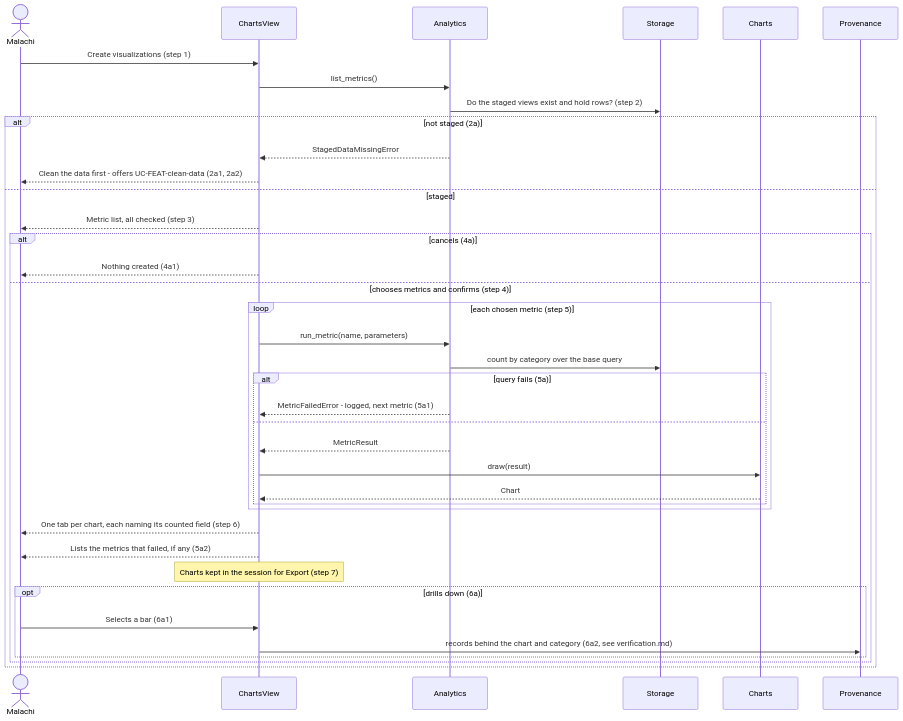
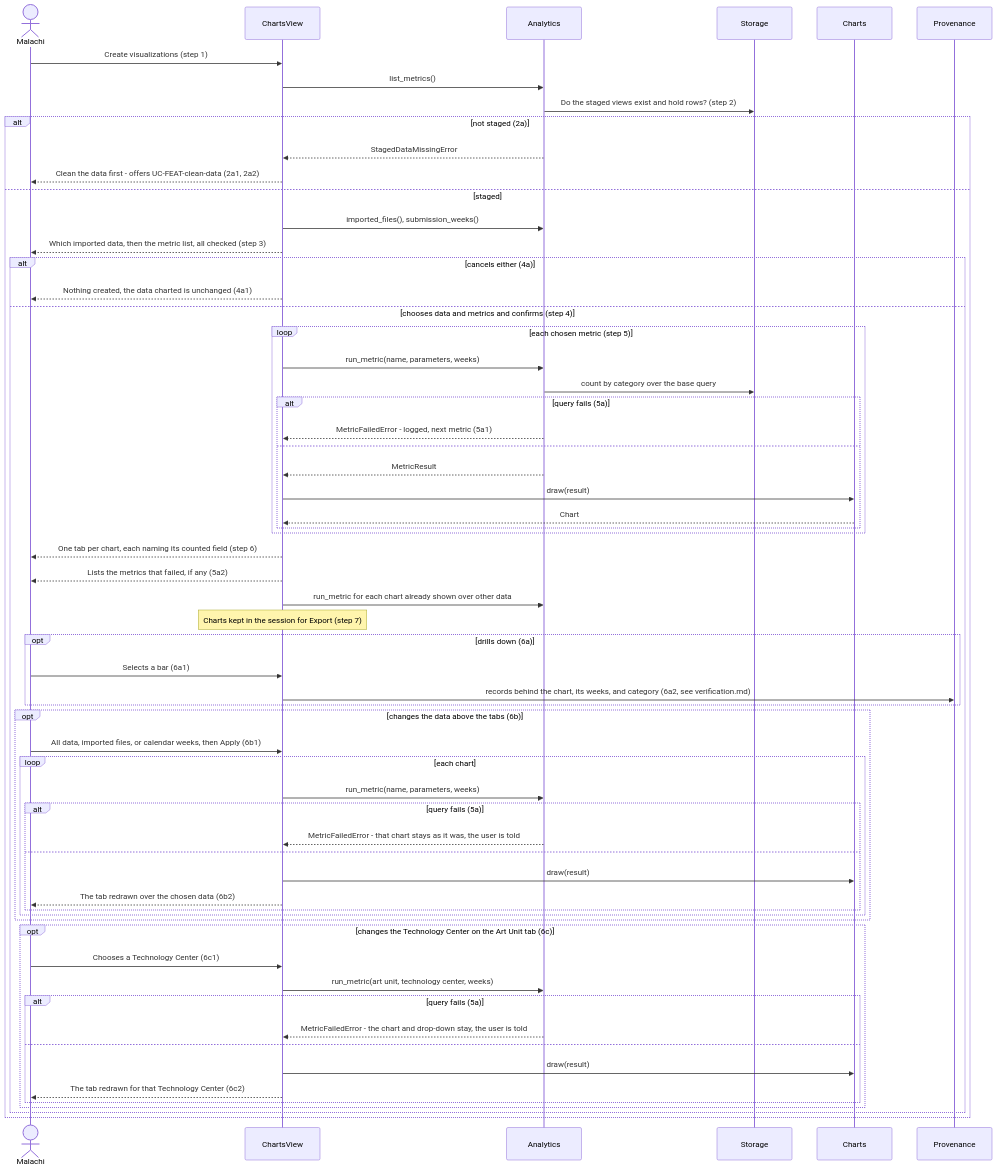
One commit to PathNotFound404/cosc-40943-team-06-USPTO changed the second of 3 diagrams in docs/design/visualization.md. Above: the diagram before and after it, drawn with Mermaid. The commit also changed other lines of this file and 27 other files, not shown here.

````diff
--- a/docs/design/visualization.md
+++ b/docs/design/visualization.md
@@ -106,40 +127,64 @@
 ```mermaid
 sequenceDiagram
     actor M as Malachi
     participant CV as ChartsView
     participant AN as Analytics
     participant ST as Storage
     participant CH as Charts
     participant PV as Provenance
     M->>CV: Create visualizations (step 1)
     CV->>AN: list_metrics()
     AN->>ST: Do the staged views exist and hold rows? (step 2)
     alt not staged (2a)
         AN-->>CV: StagedDataMissingError
         CV-->>M: Clean the data first - offers UC-FEAT-clean-data (2a1, 2a2)
     else staged
-        CV-->>M: Metric list, all checked (step 3)
-        alt cancels (4a)
-            CV-->>M: Nothing created (4a1)
-        else chooses metrics and confirms (step 4)
+        CV->>AN: imported_files(), submission_weeks()
+        CV-->>M: Which imported data, then the metric list, all checked (step 3)
+        alt cancels either (4a)
+            CV-->>M: Nothing created, the data charted is unchanged (4a1)
+        else chooses data and metrics and confirms (step 4)
             loop each chosen metric (step 5)
-                CV->>AN: run_metric(name, parameters)
+                CV->>AN: run_metric(name, parameters, weeks)
                 AN->>ST: count by category over the base query
                 alt query fails (5a)
                     AN-->>CV: MetricFailedError - logged, next metric (5a1)
                 else
                     AN-->>CV: MetricResult
                     CV->>CH: draw(result)
                     CH-->>CV: Chart
                 end
             end
             CV-->>M: One tab per chart, each naming its counted field (step 6)
             CV-->>M: Lists the metrics that failed, if any (5a2)
+            CV->>AN: run_metric for each chart already shown over other data
             Note over CV: Charts kept in the session for Export (step 7)
             opt drills down (6a)
                 M->>CV: Selects a bar (6a1)
-                CV->>PV: records behind the chart and category (6a2, see verification.md)
+                CV->>PV: records behind the chart, its weeks, and category (6a2, see verification.md)
+            end
+            opt changes the data above the tabs (6b)
+                M->>CV: All data, imported files, or calendar weeks, then Apply (6b1)
+                loop each chart
+                    CV->>AN: run_metric(name, parameters, weeks)
+                    alt query fails (5a)
+                        AN-->>CV: MetricFailedError - that chart stays as it was, the user is told
+                    else
+                        CV->>CH: draw(result)
+                        CV-->>M: The tab redrawn over the chosen data (6b2)
+                    end
+                end
+            end
+            opt changes the Technology Center on the Art Unit tab (6c)
+                M->>CV: Chooses a Technology Center (6c1)
+                CV->>AN: run_metric(art unit, technology center, weeks)
+                alt query fails (5a)
+                    AN-->>CV: MetricFailedError - the chart and drop-down stay, the user is told
+                else
+                    CV->>CH: draw(result)
+                    CV-->>M: The tab redrawn for that Technology Center (6c2)
+                end
             end
         end
     end
 ```
````
